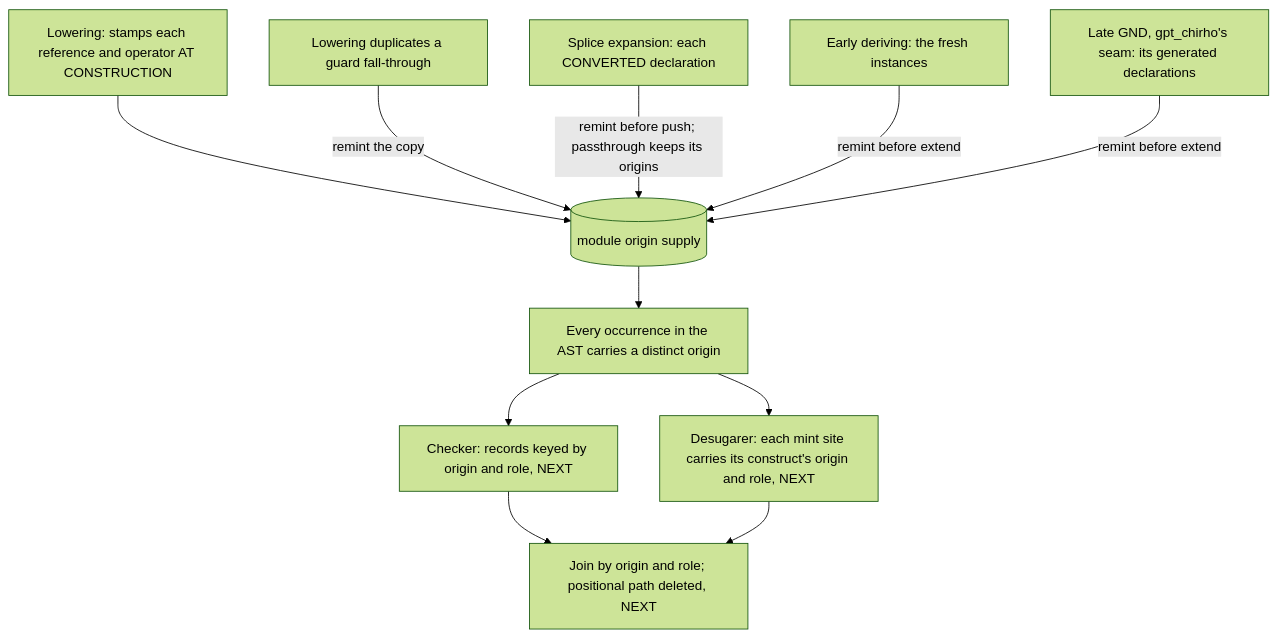
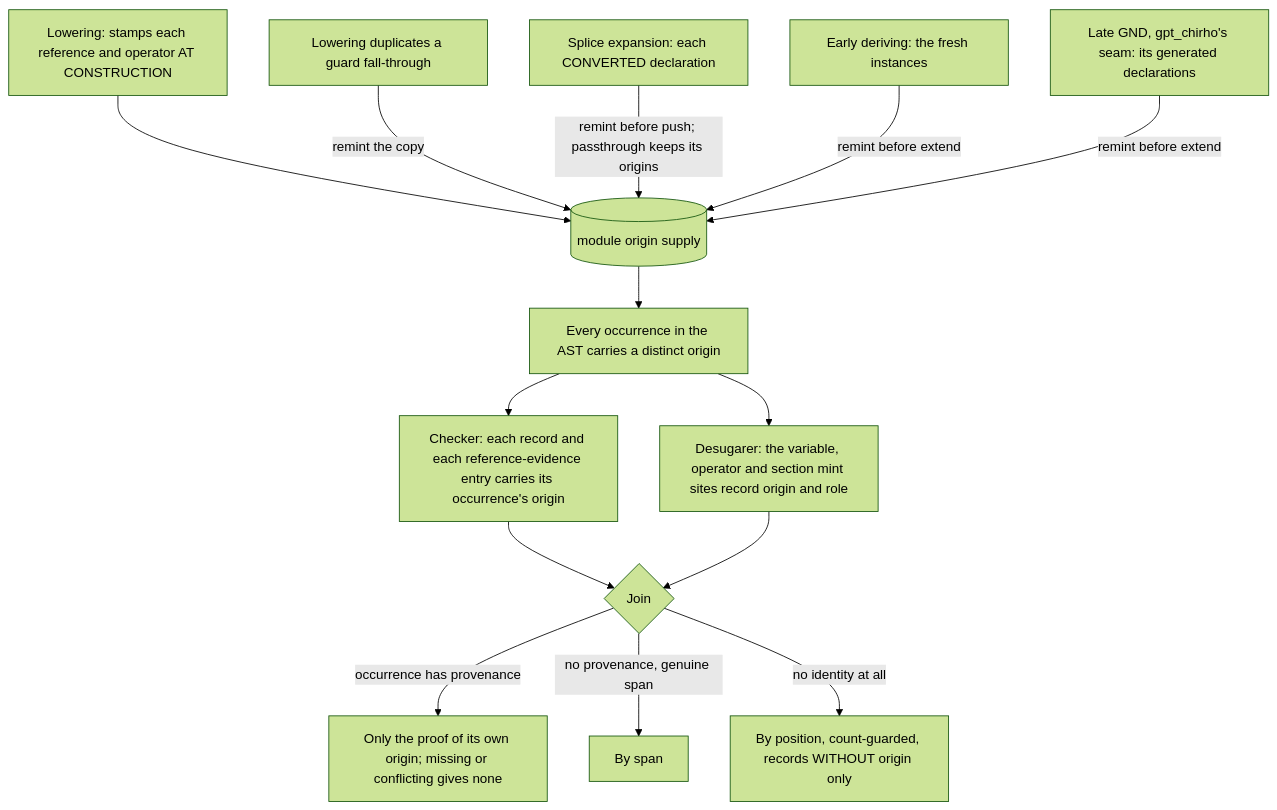
One commit to loveJesus/haskelujah-chirho changed the fourth of 4 diagrams in spec-chirho/workflows-chirho/language-features-chirho/dictionary-evidence-chirho.md. Above: the diagram before and after it, drawn with Mermaid (forest theme). The commit also changed other lines of this file and 9 other files, not shown here.

````diff
--- a/spec-chirho/workflows-chirho/language-features-chirho/dictionary-evidence-chirho.md
+++ b/spec-chirho/workflows-chirho/language-features-chirho/dictionary-evidence-chirho.md
@@ -148,13 +148,16 @@
 ```mermaid
 flowchart TD
     lower_chirho[Lowering: stamps each reference and operator AT CONSTRUCTION] --> supply_chirho[(module origin supply)]
     dup_chirho[Lowering duplicates a guard fall-through] -->|remint the copy| supply_chirho
     splice_chirho[Splice expansion: each CONVERTED declaration] -->|remint before push; passthrough keeps its origins| supply_chirho
     derive_chirho[Early deriving: the fresh instances] -->|remint before extend| supply_chirho
     gnd_chirho[Late GND, gpt_chirho's seam: its generated declarations] -->|remint before extend| supply_chirho
     supply_chirho --> ast_chirho[Every occurrence in the AST carries a distinct origin]
-    ast_chirho --> check_chirho[Checker: records keyed by origin and role, NEXT]
-    ast_chirho --> desugar_chirho[Desugarer: each mint site carries its construct's origin and role, NEXT]
-    check_chirho --> join_chirho[Join by origin and role; positional path deleted, NEXT]
+    ast_chirho --> check_chirho[Checker: each record and each reference-evidence entry carries its occurrence's origin]
+    ast_chirho --> desugar_chirho[Desugarer: the variable, operator and section mint sites record origin and role]
+    check_chirho --> join_chirho{Join}
     desugar_chirho --> join_chirho
+    join_chirho -->|occurrence has provenance| own_chirho[Only the proof of its own origin; missing or conflicting gives none]
+    join_chirho -->|no provenance, genuine span| span_chirho[By span]
+    join_chirho -->|no identity at all| position_chirho[By position, count-guarded, records WITHOUT origin only]
 ```
````
